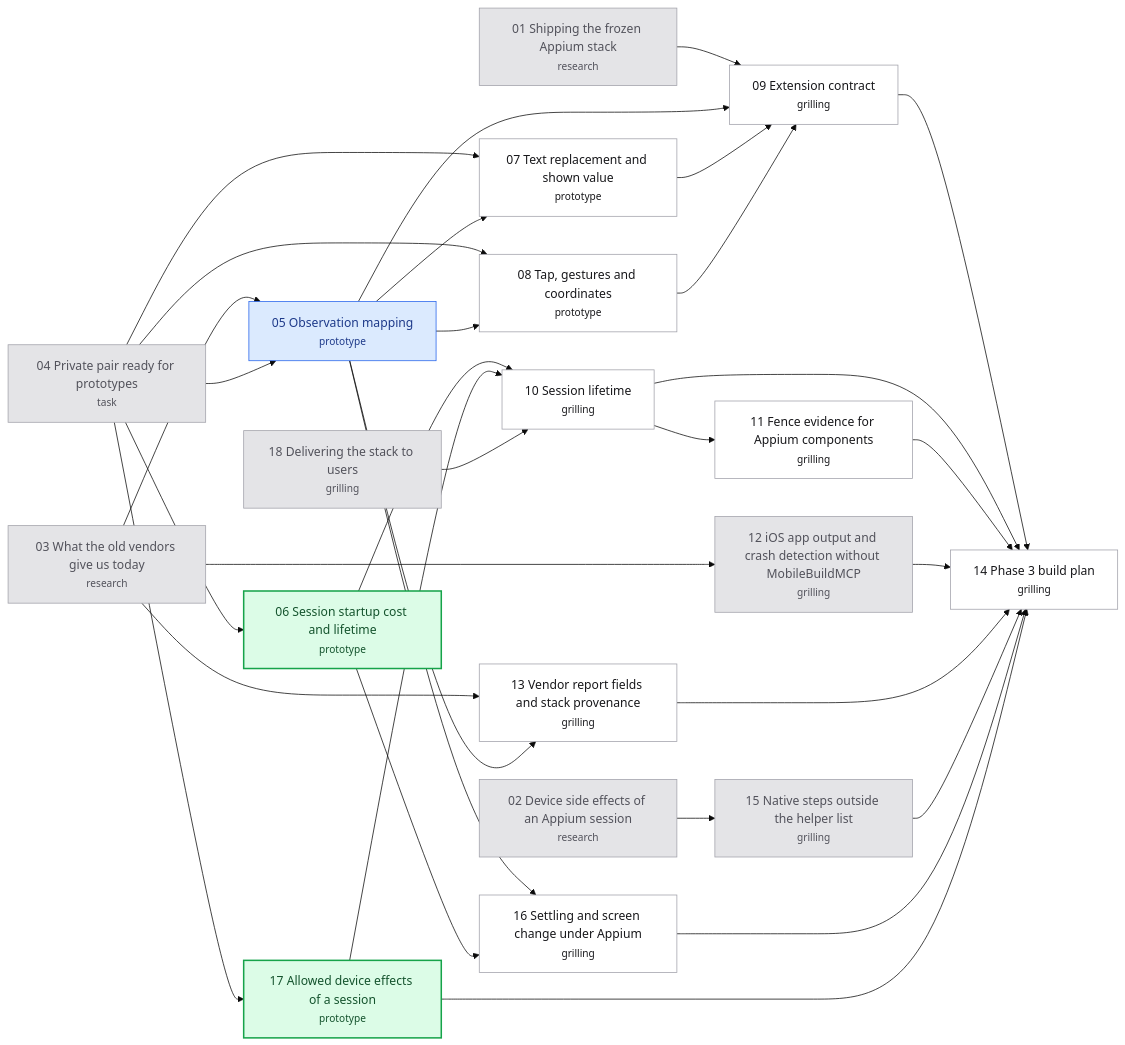
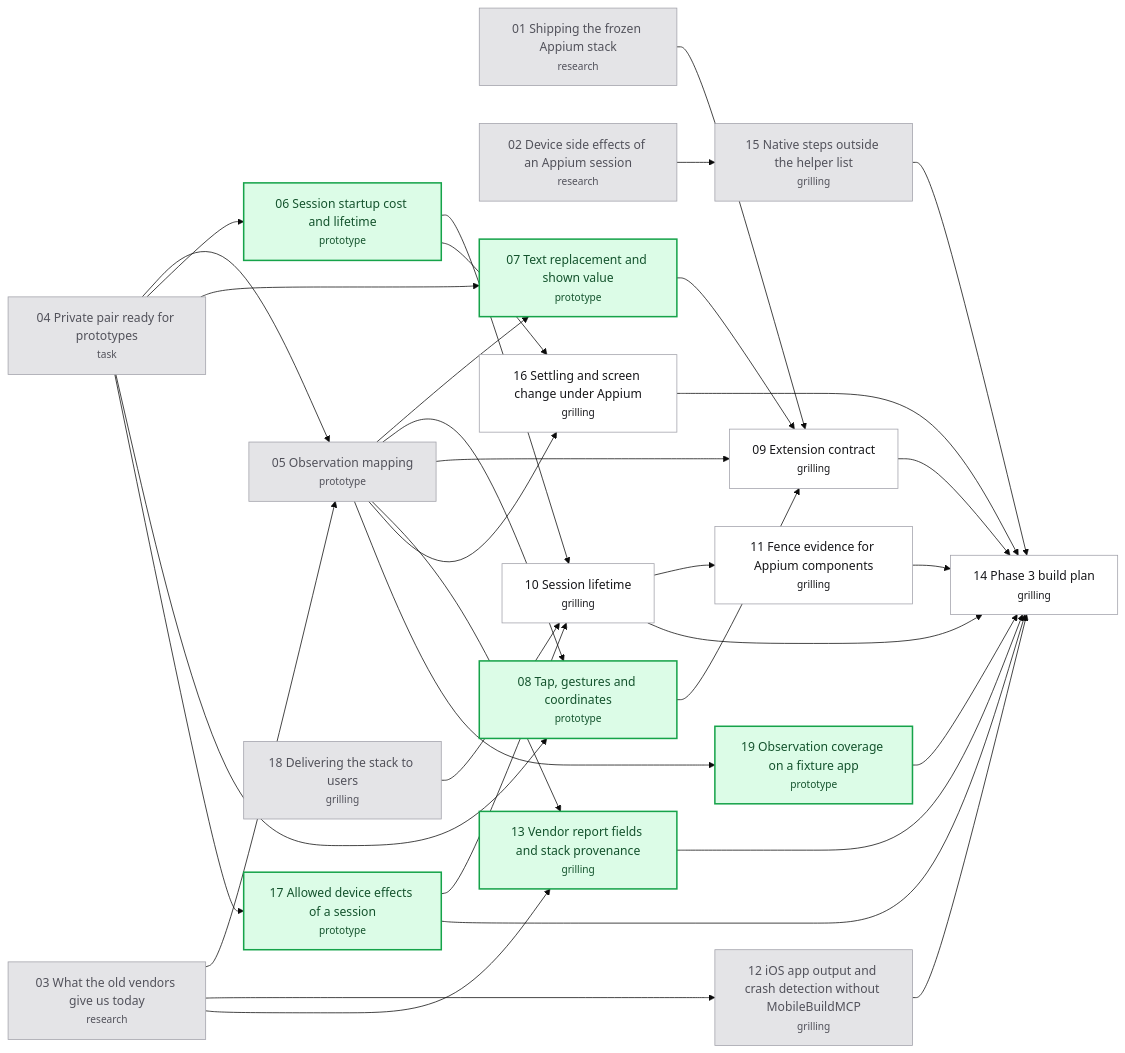
The diagram in .scratch/appium-phase3/map.md (hugues-vnsgn/jev-ios-bridge), drawn with Mermaid (base theme) before and after one commit. The commit also changed other lines of this file and 5 other files, not shown here.

````diff
--- a/.scratch/appium-phase3/map.md
+++ b/.scratch/appium-phase3/map.md
@@ -79,59 +80,61 @@
 ```mermaid
 flowchart LR
     T01["01 Shipping the frozen Appium stack<br/><small>research</small>"]
     T02["02 Device side effects of an Appium session<br/><small>research</small>"]
     T03["03 What the old vendors give us today<br/><small>research</small>"]
     T04["04 Private pair ready for prototypes<br/><small>task</small>"]
     T05["05 Observation mapping<br/><small>prototype</small>"]
     T06["06 Session startup cost and lifetime<br/><small>prototype</small>"]
     T07["07 Text replacement and shown value<br/><small>prototype</small>"]
     T08["08 Tap, gestures and coordinates<br/><small>prototype</small>"]
     T09["09 Extension contract<br/><small>grilling</small>"]
     T10["10 Session lifetime<br/><small>grilling</small>"]
     T11["11 Fence evidence for Appium components<br/><small>grilling</small>"]
     T12["12 iOS app output and crash detection without MobileBuildMCP<br/><small>grilling</small>"]
     T13["13 Vendor report fields and stack provenance<br/><small>grilling</small>"]
     T14["14 Phase 3 build plan<br/><small>grilling</small>"]
     T15["15 Native steps outside the helper list<br/><small>grilling</small>"]
     T16["16 Settling and screen change under Appium<br/><small>grilling</small>"]
     T17["17 Allowed device effects of a session<br/><small>prototype</small>"]
     T18["18 Delivering the stack to users<br/><small>grilling</small>"]
+    T19["19 Observation coverage on a fixture app<br/><small>prototype</small>"]
     T03 --> T05
     T04 --> T05
     T04 --> T06
     T04 --> T07
     T05 --> T07
     T04 --> T08
     T05 --> T08
     T01 --> T09
     T05 --> T09
     T07 --> T09
     T08 --> T09
     T06 --> T10
     T17 --> T10
     T18 --> T10
     T10 --> T11
     T03 --> T12
     T03 --> T13
     T05 --> T13
     T09 --> T14
     T10 --> T14
     T11 --> T14
     T12 --> T14
     T13 --> T14
     T15 --> T14
     T16 --> T14
     T17 --> T14
+    T19 --> T14
     T02 --> T15
     T05 --> T16
     T06 --> T16
     T04 --> T17
+    T05 --> T19
     classDef resolved fill:#e4e4e7,stroke:#a1a1aa,color:#52525b
     classDef claimed fill:#dbeafe,stroke:#2563eb,color:#1e3a8a
     classDef frontier fill:#dcfce7,stroke:#16a34a,color:#14532d,stroke-width:2px
     classDef blocked fill:#ffffff,stroke:#a1a1aa,color:#18181b
-    class T01,T02,T03,T04,T12,T15,T18 resolved
-    class T05 claimed
-    class T06,T17 frontier
-    class T07,T08,T09,T10,T11,T13,T14,T16 blocked
+    class T01,T02,T03,T04,T05,T12,T15,T18 resolved
+    class T06,T07,T08,T13,T17,T19 frontier
+    class T09,T10,T11,T14,T16 blocked
 ```
````
